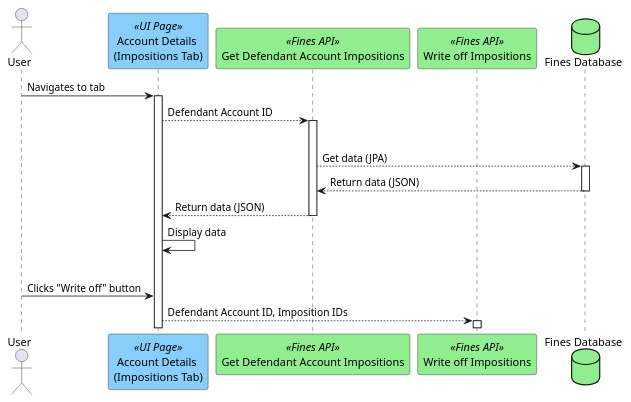
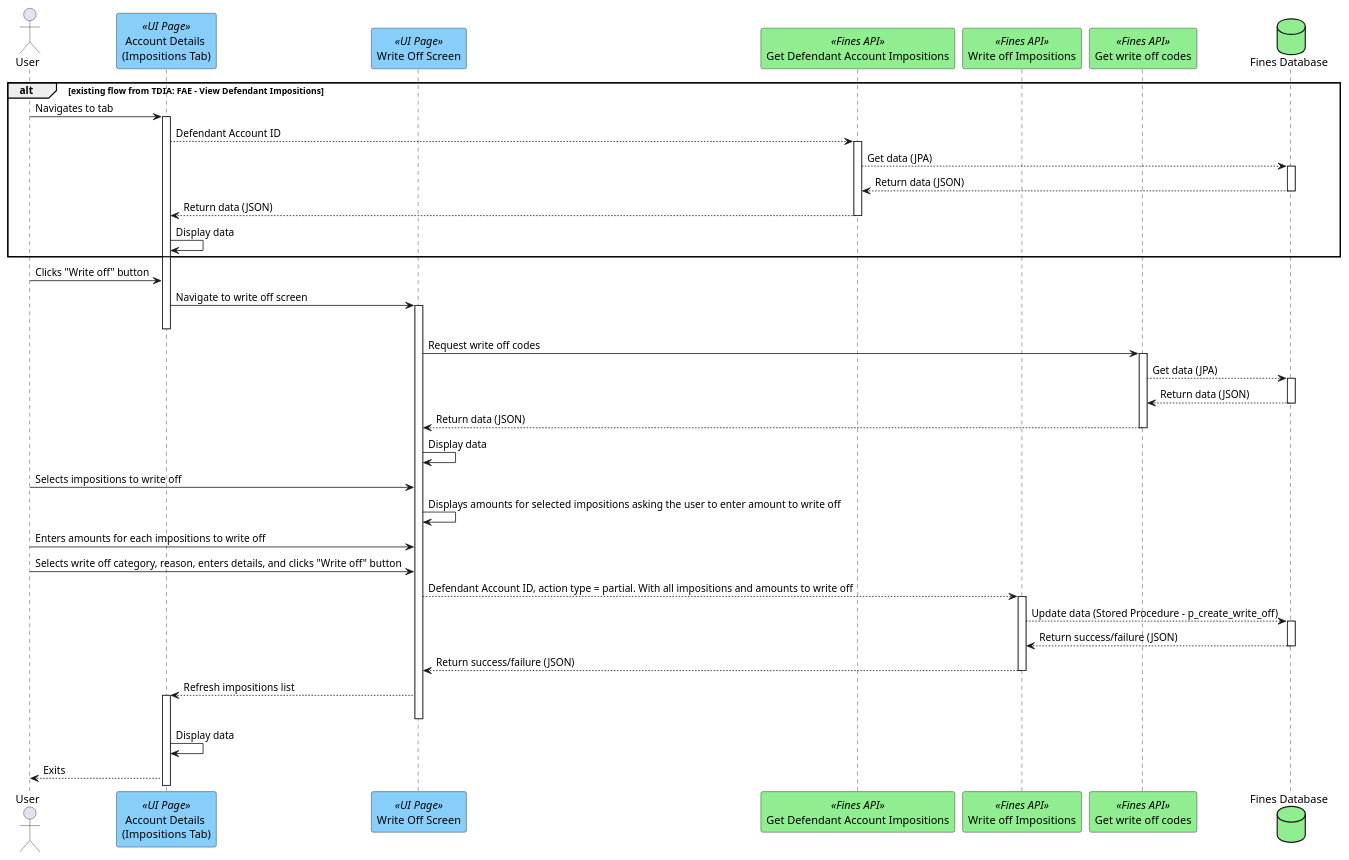
One commit to hmcts/opal-docs changed the diagram in plantUML/fae-defendant-impositions-write-off/fae-defendant-impositions-partial-write-off.puml. Above: the diagram before and after it, drawn with PlantUML. The commit also changed 1 other file, not shown here.

Commit message:
Updated write off

```diff
--- a/plantUML/fae-defendant-impositions-write-off/fae-defendant-impositions-partial-write-off.puml
+++ b/plantUML/fae-defendant-impositions-write-off/fae-defendant-impositions-partial-write-off.puml
@@ -1,19 +1,41 @@
 @startuml
 actor User
 participant "Account Details \n(Impositions Tab)" as viewImpositionsTab <<UI Page>> #lightskyblue
+participant "Write Off Screen" as viewWriteOffScreen <<UI Page>> #lightskyblue
 participant "Get Defendant Account Impositions" as getImpositions <<Fines API>> #lightgreen
 participant "Write off Impositions" as writeOffImpositions <<Fines API>> #lightgreen
+participant "Get write off codes" as getWriteOffCodes <<Fines API>> #lightgreen
 database "Fines Database" as db #lightgreen
 
+alt existing flow from TDIA: FAE - View Defendant Impositions
 User -> viewImpositionsTab ++ : Navigates to tab
 viewImpositionsTab --> getImpositions ++ : Defendant Account ID
-alt existing flow from TDIA: FAE - View Defendant Impositions
 getImpositions --> db ++ : Get data (JPA)
 db --> getImpositions -- : Return data (JSON)
 getImpositions --> viewImpositionsTab --: Return data (JSON)
 viewImpositionsTab -> viewImpositionsTab : Display data
 getImpositions --
-alt end
+end
 User -> viewImpositionsTab : Clicks "Write off" button
-viewImpositionsTab --> writeOffImpositions ++ : Defendant Account ID, Imposition IDs
+viewImpositionsTab -> viewWriteOffScreen ++ : Navigate to write off screen
+viewImpositionsTab--
+viewWriteOffScreen -> getWriteOffCodes ++ : Request write off codes
+getWriteOffCodes --> db ++ : Get data (JPA)
+db --> getWriteOffCodes -- : Return data (JSON)
+getWriteOffCodes --> viewWriteOffScreen -- : Return data (JSON)
+viewWriteOffScreen -> viewWriteOffScreen : Display data
+
+User -> viewWriteOffScreen : Selects impositions to write off
+viewWriteOffScreen -> viewWriteOffScreen : Displays amounts for selected impositions asking the user to enter amount to write off
+User -> viewWriteOffScreen : Enters amounts for each impositions to write off
+User -> viewWriteOffScreen : Selects write off category, reason, enters details, and clicks "Write off" button
+
+viewWriteOffScreen --> writeOffImpositions ++ : Defendant Account ID, action type = partial. With all impositions and amounts to write off
+writeOffImpositions --> db ++ : Update data (Stored Procedure - p_create_write_off)
+db --> writeOffImpositions -- : Return success/failure (JSON)
+writeOffImpositions --> viewWriteOffScreen -- : Return success/failure (JSON)
+viewWriteOffScreen --> viewImpositionsTab ++ : Refresh impositions list
+viewWriteOffScreen--
+viewImpositionsTab -> viewImpositionsTab : Display data
+viewImpositionsTab --> User : Exits
 @enduml
```
